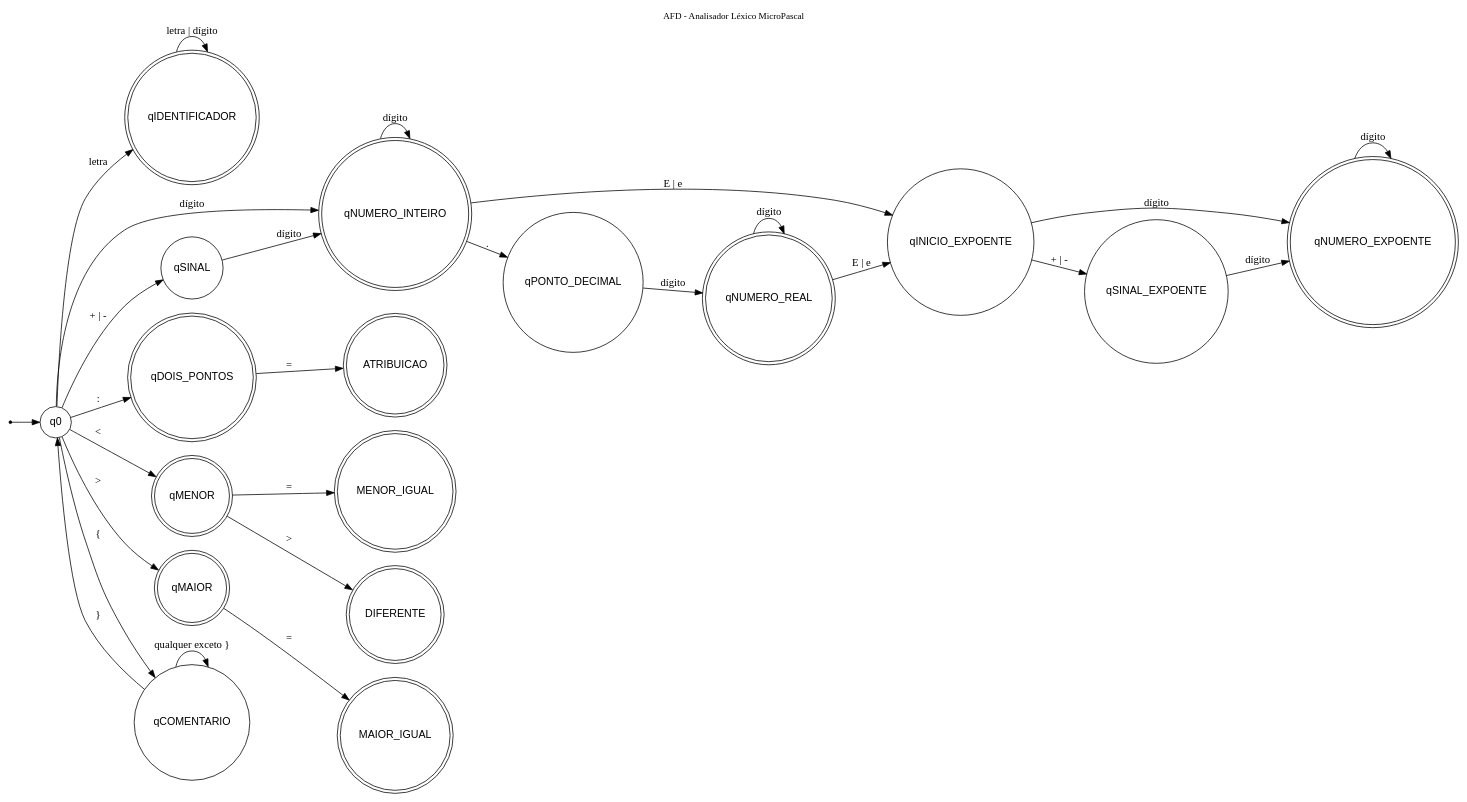
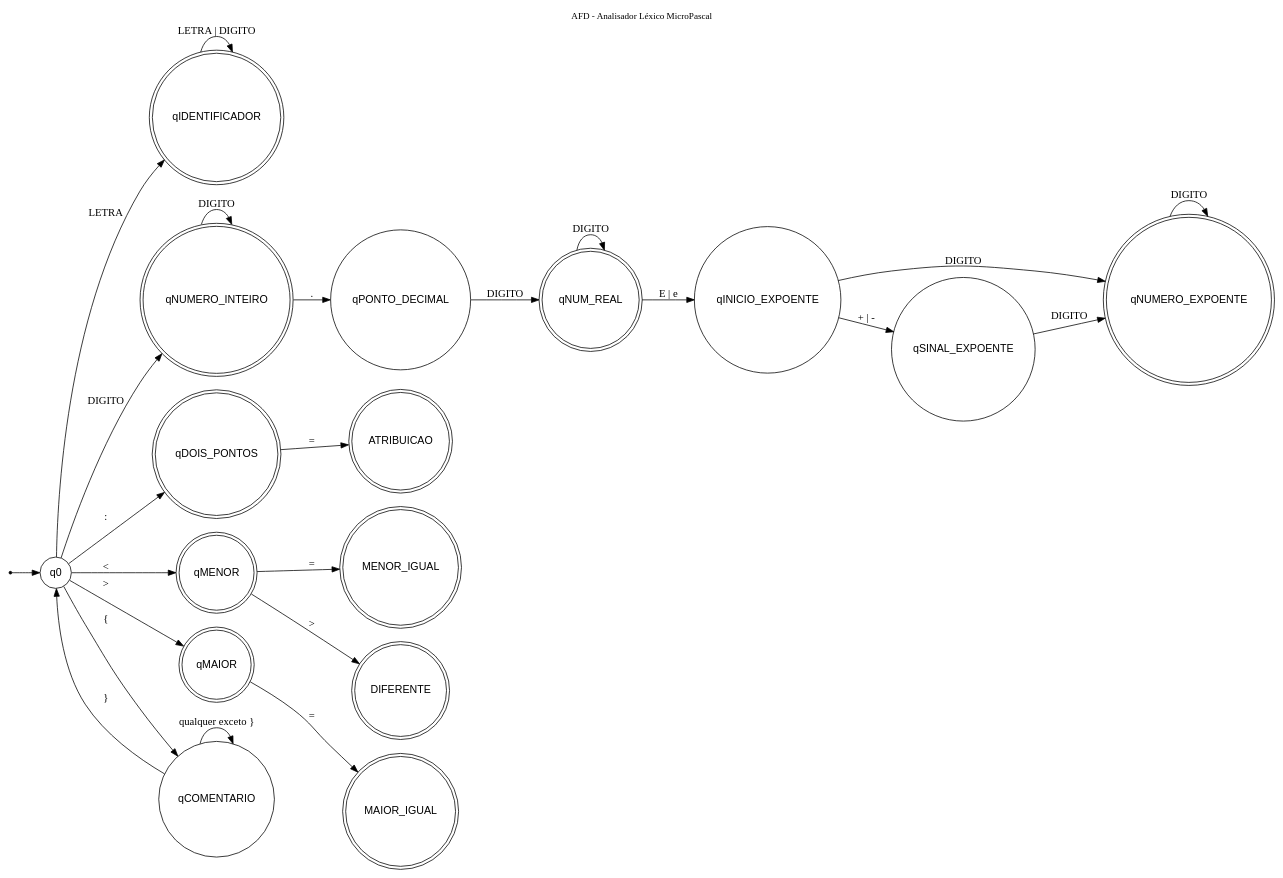
One commit to Henriquekr23/Automato_MicroPascal changed the diagram in afd_micropascal.dot. Above: the diagram before and after it, drawn with Graphviz. The commit also changed 10 other files, not shown here.

```diff
--- a/afd_micropascal.dot
+++ b/afd_micropascal.dot
@@ -1,71 +1,65 @@
 digraph AFD_MicroPascal {
 
     rankdir=LR;
     fontsize=12;
     labelloc="t";
     label="AFD - Analisador Léxico MicroPascal";
 
     node [shape=circle, fontname="Arial"];
 
-    // ESTADOS FINAIS
+    // ESTADOS FINAIS (iguais ao código)
     qIDENTIFICADOR [shape=doublecircle];
     qNUMERO_INTEIRO [shape=doublecircle];
-    qNUMERO_REAL [shape=doublecircle];
+    qNUM_REAL [shape=doublecircle];
     qNUMERO_EXPOENTE [shape=doublecircle];
 
     qDOIS_PONTOS [shape=doublecircle];
     qMENOR [shape=doublecircle];
     qMAIOR [shape=doublecircle];
 
     ATRIBUICAO [shape=doublecircle];
     MENOR_IGUAL [shape=doublecircle];
     DIFERENTE [shape=doublecircle];
     MAIOR_IGUAL [shape=doublecircle];
 
-    // ESTADO q0
+    // ESTADO INICIAL
     ponto [shape=point];
     ponto -> q0;
 
-    // IDENTIFICADORES
-    q0 -> qIDENTIFICADOR [label="letra"];
-    qIDENTIFICADOR -> qIDENTIFICADOR [label="letra | dígito"];
+    // IDENTIFICADOR
+    q0 -> qIDENTIFICADOR [label="LETRA"];
+    qIDENTIFICADOR -> qIDENTIFICADOR [label="LETRA | DIGITO"];
 
-    // NÚMEROS
-    q0 -> qNUMERO_INTEIRO [label="dígito"];
-    q0 -> qSINAL [label="+ | -"];
+    // NÚMERO INTEIRO
+    q0 -> qNUMERO_INTEIRO [label="DIGITO"];
+    qNUMERO_INTEIRO -> qNUMERO_INTEIRO [label="DIGITO"];
 
-    qSINAL -> qNUMERO_INTEIRO [label="dígito"];
+    // REAL
+    qNUMERO_INTEIRO -> qPONTO_DECIMAL [label="."];
+    qPONTO_DECIMAL -> qNUM_REAL [label="DIGITO"];
+    qNUM_REAL -> qNUM_REAL [label="DIGITO"];
 
-    qNUMERO_INTEIRO -> qNUMERO_INTEIRO [label="dígito"];
-    qNUMERO_INTEIRO -> qPONTO_DECIMAL [label="."];
+    // EXPOENTE
+    qNUM_REAL -> qINICIO_EXPOENTE [label="E | e"];
+    qINICIO_EXPOENTE -> qSINAL_EXPOENTE [label="+ | -"];
+    qINICIO_EXPOENTE -> qNUMERO_EXPOENTE [label="DIGITO"];
+    qSINAL_EXPOENTE -> qNUMERO_EXPOENTE [label="DIGITO"];
+    qNUMERO_EXPOENTE -> qNUMERO_EXPOENTE [label="DIGITO"];
 
-    qPONTO_DECIMAL -> qNUMERO_REAL [label="dígito"];
-    qNUMERO_REAL -> qNUMERO_REAL [label="dígito"];
-
-    // Expoente
-    qNUMERO_INTEIRO -> qINICIO_EXPOENTE [label="E | e"];
-    qNUMERO_REAL -> qINICIO_EXPOENTE [label="E | e"];
-
-    qINICIO_EXPOENTE -> qSINAL_EXPOENTE [label="+ | -"];
-    qINICIO_EXPOENTE -> qNUMERO_EXPOENTE [label="dígito"];
-
-    qSINAL_EXPOENTE -> qNUMERO_EXPOENTE [label="dígito"];
-    qNUMERO_EXPOENTE -> qNUMERO_EXPOENTE [label="dígito"];
-
-    // OPERADORES
+    // OPERADORES RELACIONAIS
     q0 -> qDOIS_PONTOS [label=":"];
     qDOIS_PONTOS -> ATRIBUICAO [label="="];
 
     q0 -> qMENOR [label="<"];
     qMENOR -> MENOR_IGUAL [label="="];
     qMENOR -> DIFERENTE [label=">"];
 
     q0 -> qMAIOR [label=">"];
     qMAIOR -> MAIOR_IGUAL [label="="];
 
-    // COMENTÁRIOS
+    // COMENTÁRIO
     q0 -> qCOMENTARIO [label="{"];
     qCOMENTARIO -> qCOMENTARIO [label="qualquer exceto }"];
     qCOMENTARIO -> q0 [label="}"];
 
 }
```
